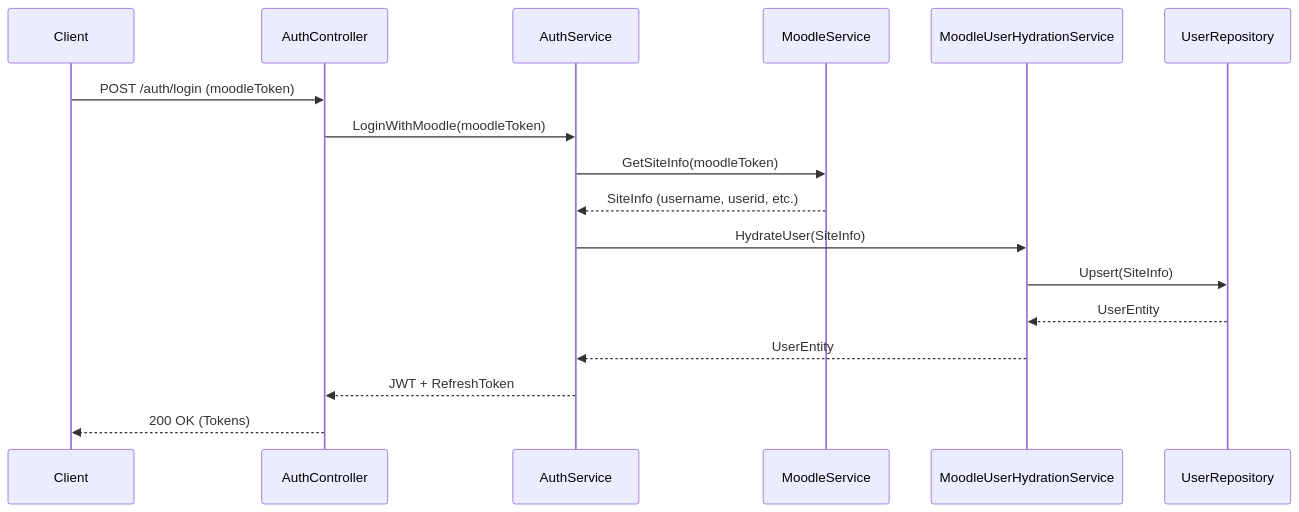
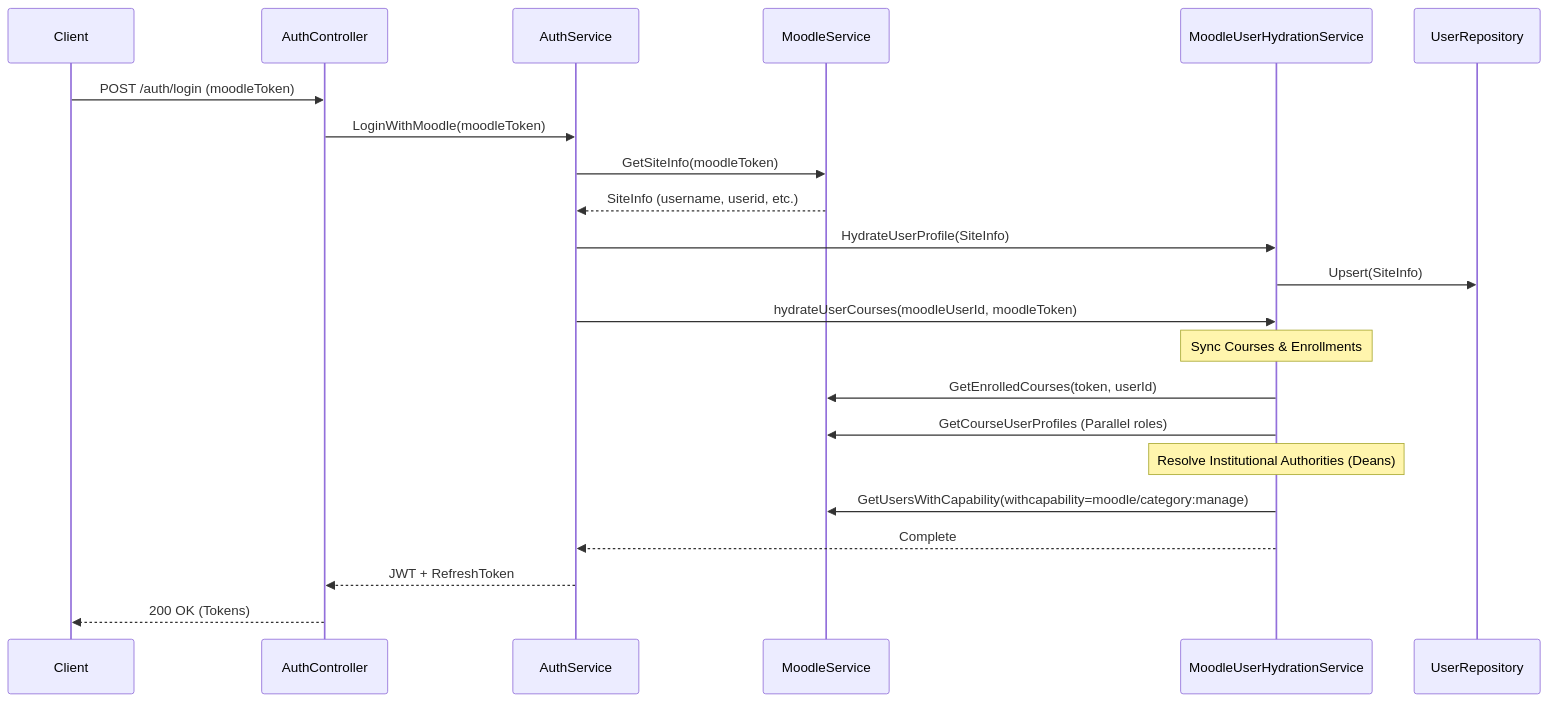
Before and after one commit to CtrlAltElite-Devs/api.faculytics: the diagram in docs/workflows/auth-hydration.md, drawn with Mermaid. The commit also changed other lines of this file and 10 other files, not shown here.

````diff
--- a/docs/workflows/auth-hydration.md
+++ b/docs/workflows/auth-hydration.md
@@ -5,20 +5,28 @@
 ```mermaid
 sequenceDiagram
     participant Client
     participant AuthController
     participant AuthService
     participant MoodleService
     participant MoodleUserHydrationService
     participant UserRepository
 
     Client->>AuthController: POST /auth/login (moodleToken)
     AuthController->>AuthService: LoginWithMoodle(moodleToken)
     AuthService->>MoodleService: GetSiteInfo(moodleToken)
     MoodleService-->>AuthService: SiteInfo (username, userid, etc.)
-    AuthService->>MoodleUserHydrationService: HydrateUser(SiteInfo)
+    AuthService->>MoodleUserHydrationService: HydrateUserProfile(SiteInfo)
     MoodleUserHydrationService->>UserRepository: Upsert(SiteInfo)
-    UserRepository-->>MoodleUserHydrationService: UserEntity
-    MoodleUserHydrationService-->>AuthService: UserEntity
+    AuthService->>MoodleUserHydrationService: hydrateUserCourses(moodleUserId, moodleToken)
+
+    Note over MoodleUserHydrationService: Sync Courses & Enrollments
+    MoodleUserHydrationService->>MoodleService: GetEnrolledCourses(token, userId)
+    MoodleUserHydrationService->>MoodleService: GetCourseUserProfiles (Parallel roles)
+
+    Note over MoodleUserHydrationService: Resolve Institutional Authorities (Deans)
+    MoodleUserHydrationService->>MoodleService: GetUsersWithCapability(withcapability=moodle/category:manage)
+
+    MoodleUserHydrationService-->>AuthService: Complete
     AuthService-->>AuthController: JWT + RefreshToken
     AuthController-->>Client: 200 OK (Tokens)
 ```
````
